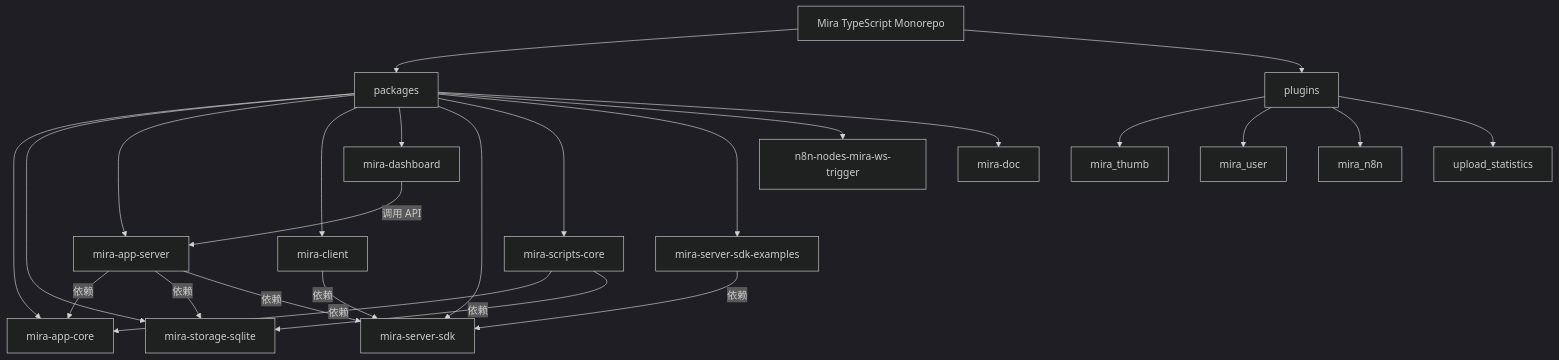
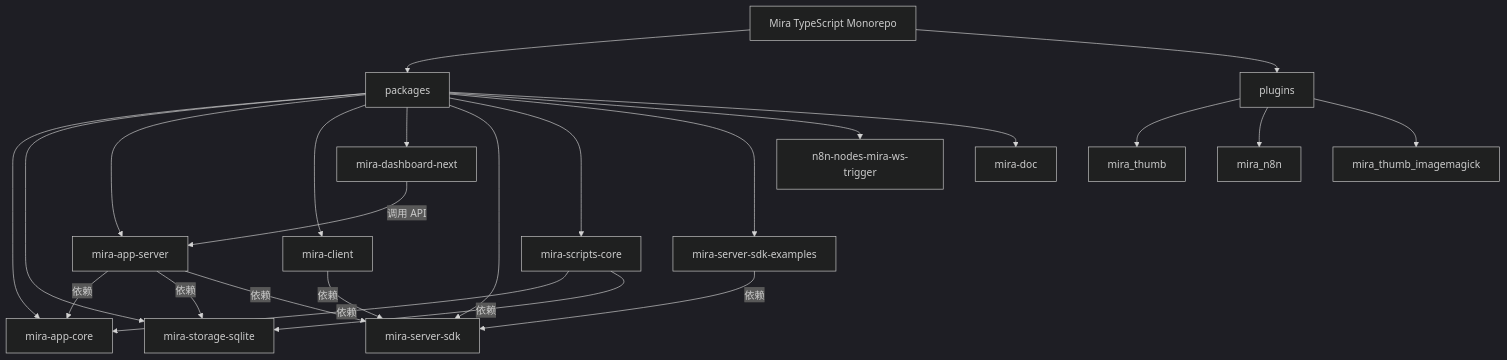
Before and after one commit to hunmer/mira: the diagram in CLAUDE.md, drawn with Mermaid (dark theme). The commit also changed other lines of this file and 13 other files, not shown here.

````diff
--- a/CLAUDE.md
+++ b/CLAUDE.md
@@ -37,39 +38,38 @@
 ```mermaid
 graph TD
     A["Mira TypeScript Monorepo"] --> B["packages"]
     A --> C["plugins"]
     B --> D["mira-app-core"]
     B --> E["mira-storage-sqlite"]
     B --> F["mira-app-server"]
     B --> G["mira-client"]
-    B --> H["mira-dashboard"]
+    B --> H["mira-dashboard-next"]
     B --> I["mira-server-sdk"]
     B --> J["mira-scripts-core"]
     B --> K["mira-server-sdk-examples"]
     B --> L["n8n-nodes-mira-ws-trigger"]
     B --> M["mira-doc"]
     C --> N["mira_thumb"]
-    C --> O["mira_user"]
-    C --> P["mira_n8n"]
-    C --> Q["upload_statistics"]
+    C --> O["mira_n8n"]
+    C --> P["mira_thumb_imagemagick"]
 
     F -->|"依赖"| D
     F -->|"依赖"| E
     F -->|"依赖"| I
     G -->|"依赖"| I
     H -->|"调用 API"| F
     K -->|"依赖"| I
     J -->|"依赖"| D
     J -->|"依赖"| E
 
     click D "./packages/mira-app-core/CLAUDE.md" "查看 mira-app-core 模块文档"
     click E "./packages/mira-storage-sqlite/CLAUDE.md" "查看 mira-storage-sqlite 模块文档"
     click F "./packages/mira-app-server/CLAUDE.md" "查看 mira-app-server 模块文档"
     click G "./packages/mira-client/CLAUDE.md" "查看 mira-client 模块文档"
-    click H "./packages/mira-dashboard/CLAUDE.md" "查看 mira-dashboard 模块文档"
+    click H "./packages/mira-dashboard-next/CLAUDE.md" "查看 mira-dashboard-next 模块文档"
     click I "./packages/mira-server-sdk/CLAUDE.md" "查看 mira-server-sdk 模块文档"
     click J "./packages/mira-scripts-core/CLAUDE.md" "查看 mira-scripts-core 模块文档"
     click K "./packages/mira-server-sdk-examples/CLAUDE.md" "查看 mira-server-sdk-examples 模块文档"
     click L "./packages/n8n-nodes-mira-ws-trigger/CLAUDE.md" "查看 n8n-nodes-mira-ws-trigger 模块文档"
     click M "./packages/mira-doc/CLAUDE.md" "查看 mira-doc 模块文档"
 ```
````
